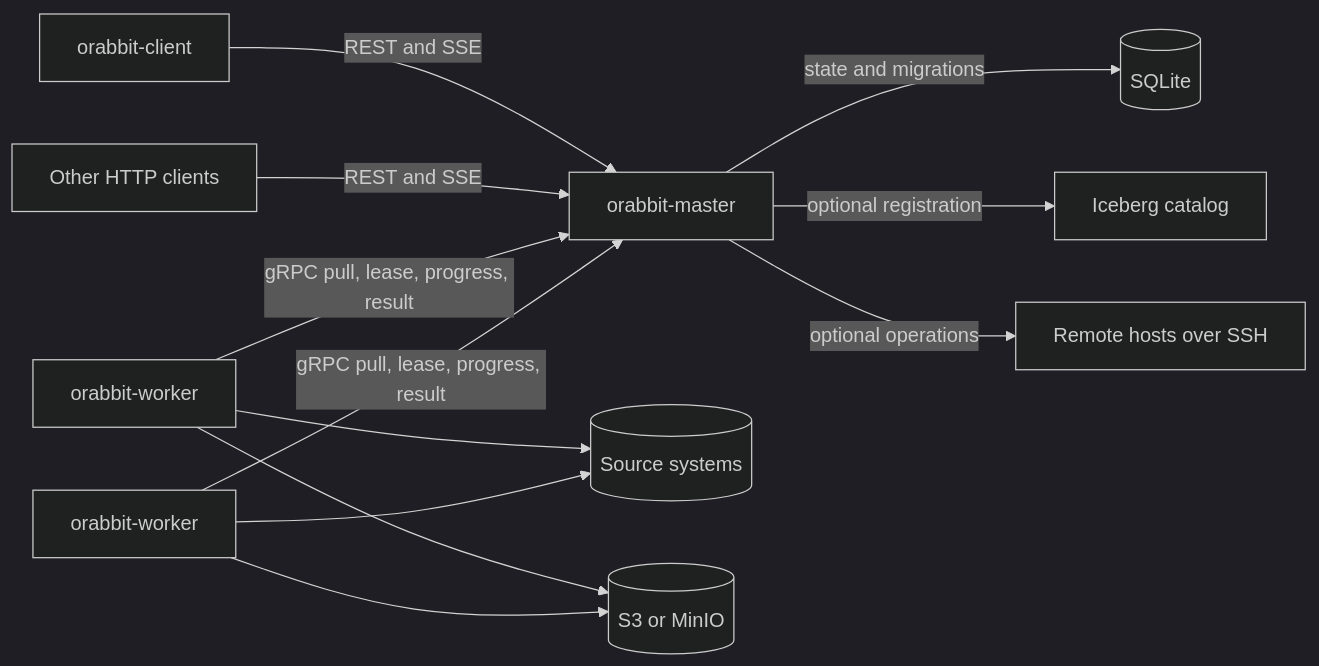
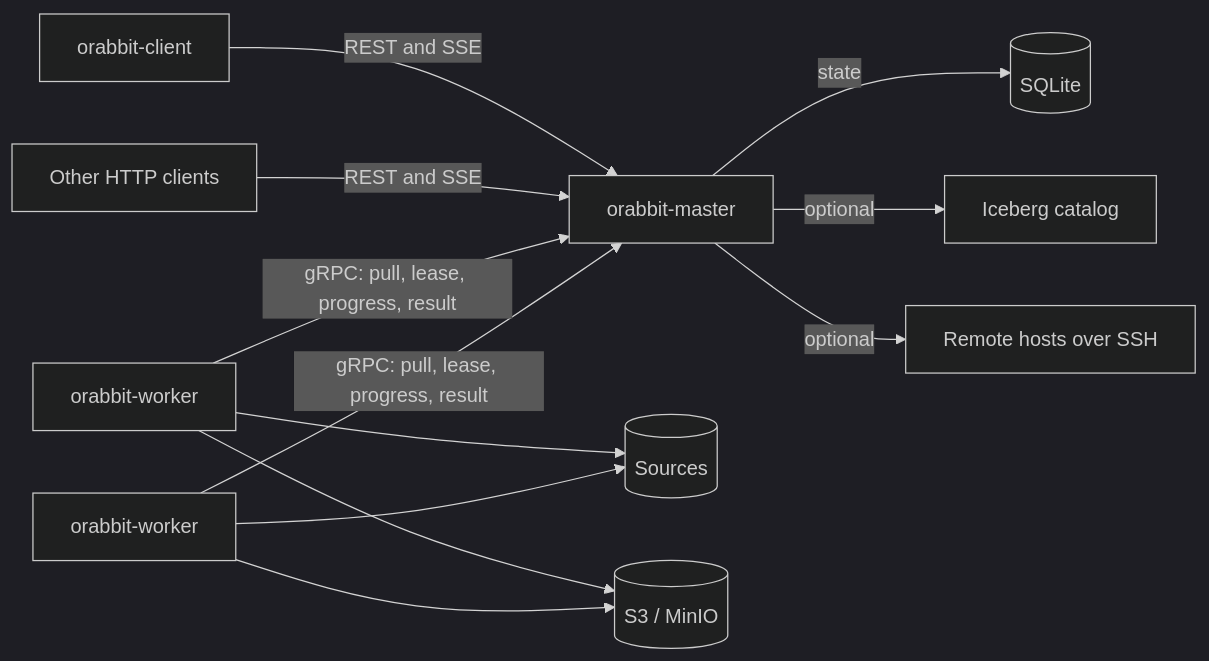
One commit to LevonGhukas/O_Rabbit changed the diagram in README.md. Above: the diagram before and after it, drawn with Mermaid (dark theme). The commit also changed other lines of this file and 6 other files, not shown here.

````diff
--- a/README.md
+++ b/README.md
@@ -56,14 +144,14 @@
 ```mermaid
 flowchart LR
     CLI[orabbit-client] -->|REST and SSE| M[orabbit-master]
     UI[Other HTTP clients] -->|REST and SSE| M
-    W1[orabbit-worker] -->|gRPC pull, lease, progress, result| M
-    W2[orabbit-worker] -->|gRPC pull, lease, progress, result| M
-    M -->|state and migrations| DB[(SQLite)]
-    W1 --> SRC[(Source systems)]
+    W1[orabbit-worker] -->|gRPC: pull, lease, progress, result| M
+    W2[orabbit-worker] -->|gRPC: pull, lease, progress, result| M
+    M -->|state| DB[(SQLite)]
+    W1 --> SRC[(Sources)]
     W2 --> SRC
-    W1 --> S3[(S3 or MinIO)]
+    W1 --> S3[(S3 / MinIO)]
     W2 --> S3
-    M -->|optional registration| ICE[Iceberg catalog]
-    M -->|optional operations| SSH[Remote hosts over SSH]
+    M -->|optional| ICE[Iceberg catalog]
+    M -->|optional| SSH[Remote hosts over SSH]
 ```
````
